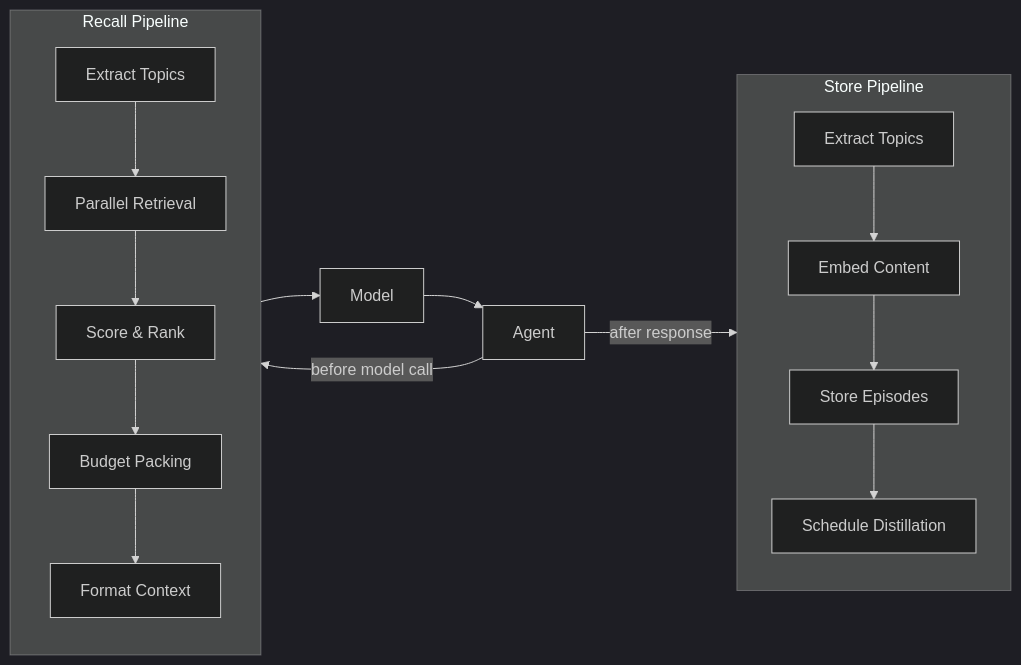
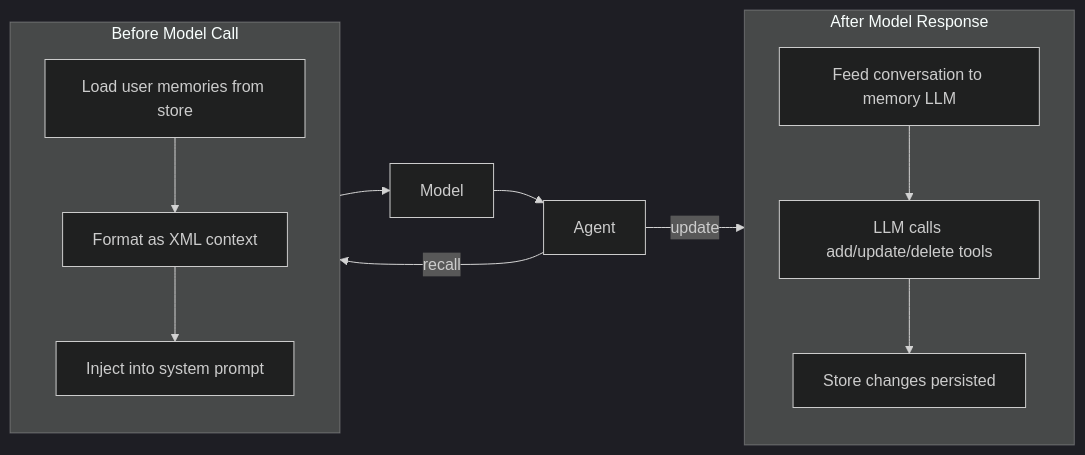
One commit to definableai/definable.ai changed the diagram in definable/docs/memory/overview.mdx. Above: the diagram before and after it, drawn with Mermaid (dark theme). The commit also changed other lines of this file and 153 other files, not shown here.

````diff
--- a/definable/docs/memory/overview.mdx
+++ b/definable/docs/memory/overview.mdx
@@ -36,22 +33,19 @@
 ```mermaid
 flowchart LR
-  subgraph Recall["Recall Pipeline"]
+  subgraph Before["Before Model Call"]
     direction TB
-    R1[Extract Topics] --> R2[Parallel Retrieval]
-    R2 --> R3[Score & Rank]
-    R3 --> R4[Budget Packing]
-    R4 --> R5[Format Context]
+    B1[Load user memories from store] --> B2[Format as XML context]
+    B2 --> B3[Inject into system prompt]
   end
 
-  subgraph Store["Store Pipeline"]
+  subgraph After["After Model Response"]
     direction TB
-    S1[Extract Topics] --> S2[Embed Content]
-    S2 --> S3[Store Episodes]
-    S3 --> S4[Schedule Distillation]
+    A1[Feed conversation to memory LLM] --> A2[LLM calls add/update/delete tools]
+    A2 --> A3[Store changes persisted]
   end
 
-  Agent -->|before model call| Recall
-  Agent -->|after response| Store
-  Recall --> Model
+  Agent -->|recall| Before
+  Before --> Model
   Model --> Agent
+  Agent -->|update| After
 ```
````
